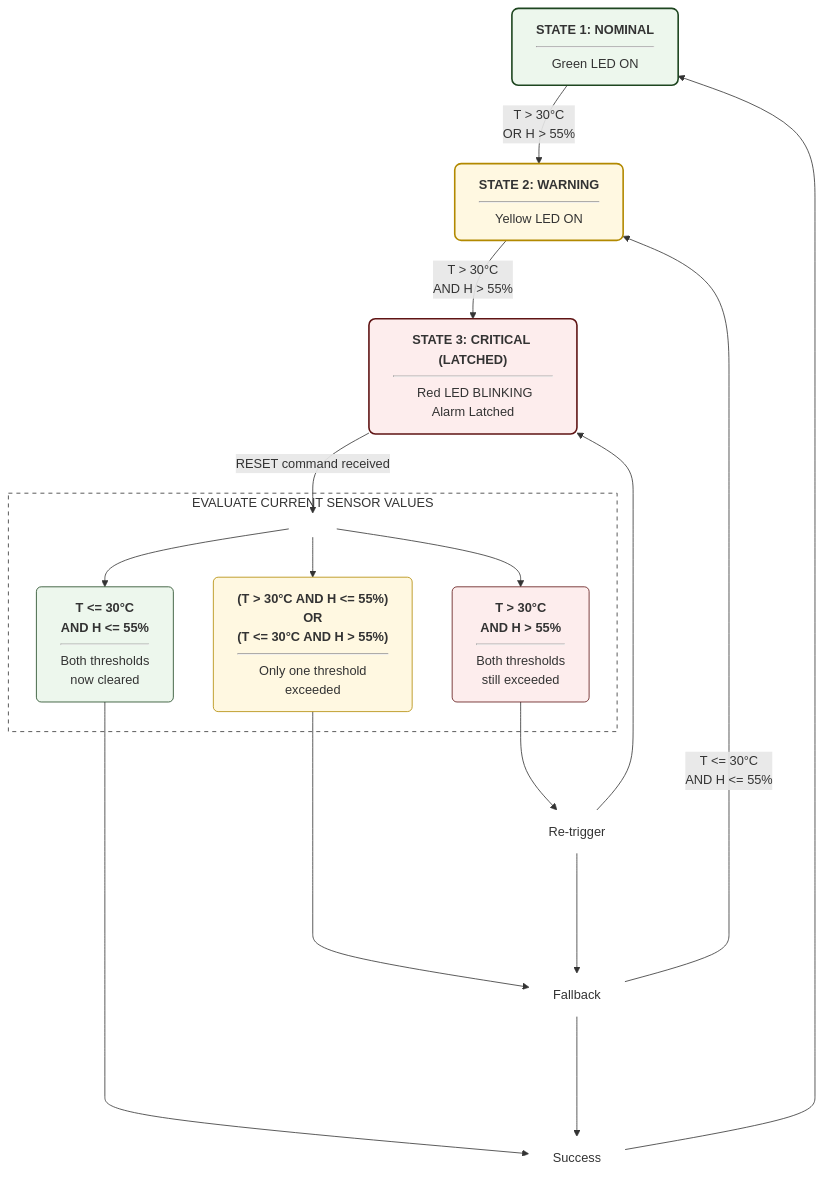
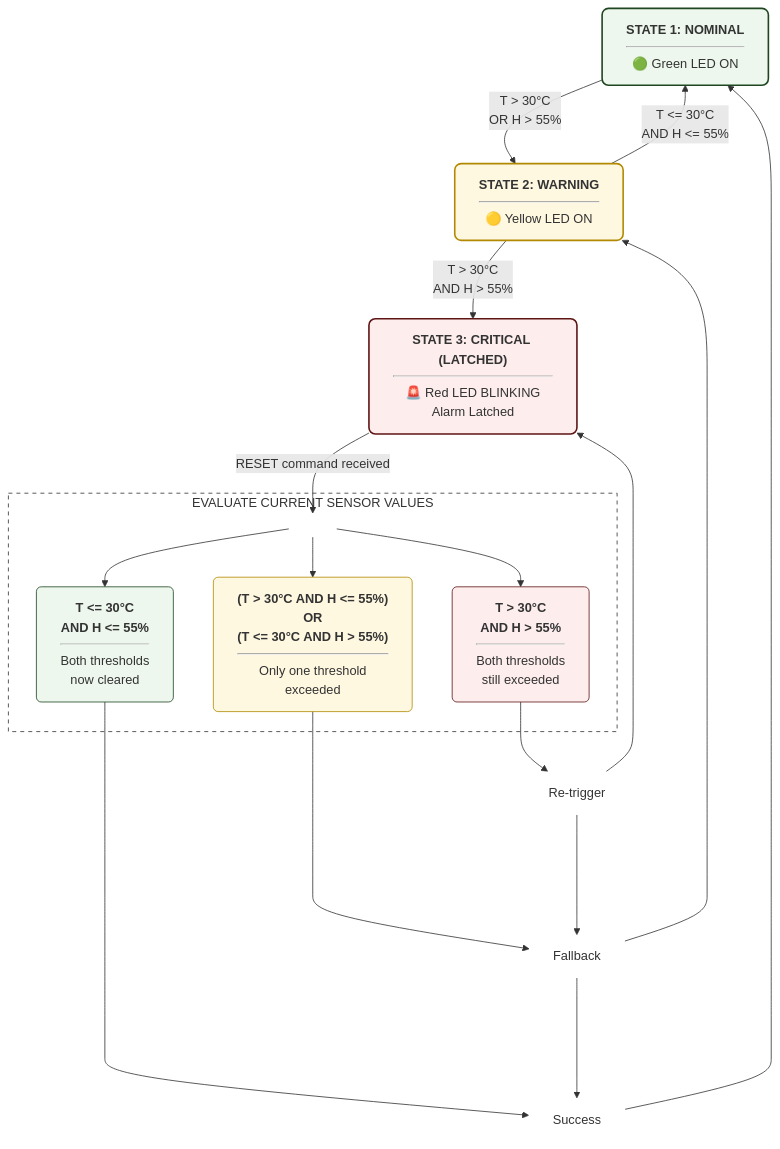
Before and after one commit to gienyne/SenseLink-Firmware-FreeRtos: the second of 2 diagrams in README.md, drawn with Mermaid.

````diff
--- a/README.md
+++ b/README.md
@@ -199,48 +199,59 @@
 ```mermaid
 graph TD
+    %% Configuration des styles (Nettoyé et robuste)
     classDef nominal fill:#edf7ed,stroke:#1e4620,stroke-width:2px,rx:8px,ry:8px;
     classDef warning fill:#fff8e1,stroke:#b28900,stroke-width:2px,rx:8px,ry:8px;
     classDef critical fill:#fdeded,stroke:#5f1414,stroke-width:2px,rx:8px,ry:8px;
     classDef subNominal fill:#edf7ed,stroke:#1e4620,stroke-width:1px,rx:6px,ry:6px;
     classDef subWarning fill:#fff8e1,stroke:#b28900,stroke-width:1px,rx:6px,ry:6px;
     classDef subCritical fill:#fdeded,stroke:#5f1414,stroke-width:1px,rx:6px,ry:6px;
     classDef action fill:#fff,stroke:#fff,stroke-width:0px;
 
-    S1["<b>STATE 1: NOMINAL</b><hr/> Green LED ON"]:::nominal
-    S2["<b>STATE 2: WARNING</b><hr/> Yellow LED ON"]:::warning
-    S3["<b>STATE 3: CRITICAL (LATCHED)</b><hr/> Red LED BLINKING<br/>Alarm Latched"]:::critical
+    %% États principaux
+    S1["<b>STATE 1: NOMINAL</b><hr/>🟢 Green LED ON"]:::nominal
+    S2["<b>STATE 2: WARNING</b><hr/>🟡 Yellow LED ON"]:::warning
+    S3["<b>STATE 3: CRITICAL (LATCHED)</b><hr/>🚨 Red LED BLINKING<br/>Alarm Latched"]:::critical
 
+    %% Flux principal descendant
     S1 -->|T > 30°C<br/>OR H > 55%| S2
     S2 -->|T > 30°C<br/>AND H > 55%| S3
     S3 -->|RESET command received| EVAL_TXT
 
+    %% Boîte d'évaluation (Sous-graphe)
     subgraph EVAL ["EVALUATE CURRENT SENSOR VALUES"]
         EVAL_TXT[" "]:::action
         
         COND_CRIT["<b>T > 30°C<br/>AND H > 55%</b><hr/>Both thresholds<br/>still exceeded"]:::subCritical
         
         COND_WARN["<b>(T > 30°C AND H <= 55%)<br/>OR<br/>(T <= 30°C AND H > 55%)</b><hr/>Only one threshold<br/>exceeded"]:::subWarning
         
         COND_NOM["<b>T <= 30°C<br/>AND H <= 55%</b><hr/>Both thresholds<br/>now cleared"]:::subNominal
     end
+
+    %% Connexions internes du sous-graphe
     EVAL_TXT --> COND_CRIT
     EVAL_TXT --> COND_WARN
     EVAL_TXT --> COND_NOM
 
+    %% Noeuds d'actions de sortie
     ACT_RE["Re-trigger"]:::action
     ACT_FALL["Fallback"]:::action
     ACT_SUCC["Success"]:::action
 
     COND_CRIT --> ACT_RE
     COND_WARN --> ACT_FALL
     COND_NOM --> ACT_SUCC
 
+    %% Boucles de retour de fin de cycle (CORRIGÉES)
     ACT_RE --> S3
-    ACT_FALL -->|T <= 30°C<br/>AND H <= 55%| S2
+    ACT_FALL --> S2
     ACT_SUCC --> S1
 
+    %% Surveillance de routine standard pour redescendre de Warning à Nominal
+    S2 -->|T <= 30°C<br/>AND H <= 55%| S1
+
+    %% Alignements cosmétiques pour forcer le placement en ligne
     ACT_RE ----> ACT_FALL ----> ACT_SUCC
     style EVAL fill:#fff,stroke:#333,stroke-width:1px,stroke-dasharray: 5 5;
     style EVAL_TXT fill:transparent,stroke:transparent;
-
 ```
````
